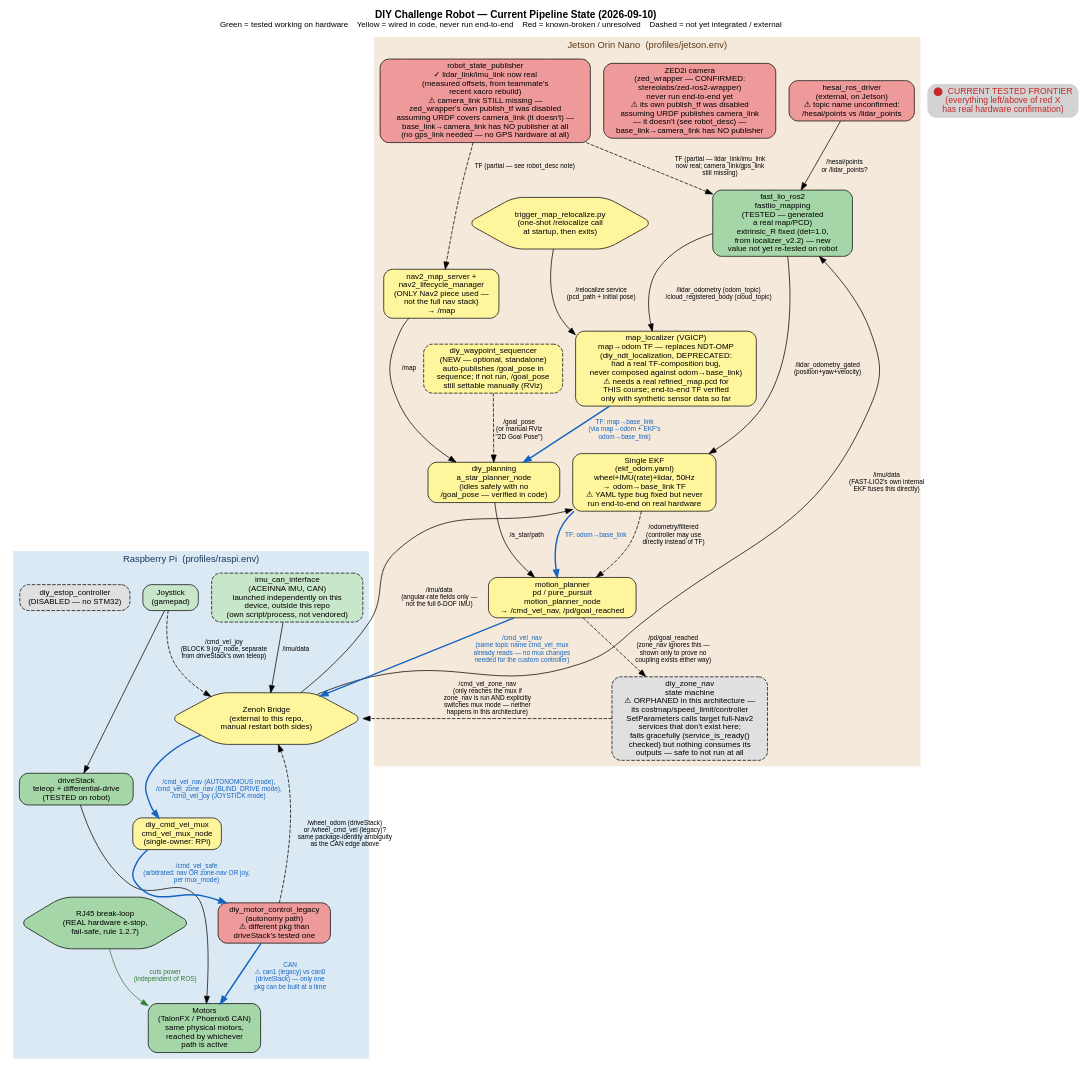
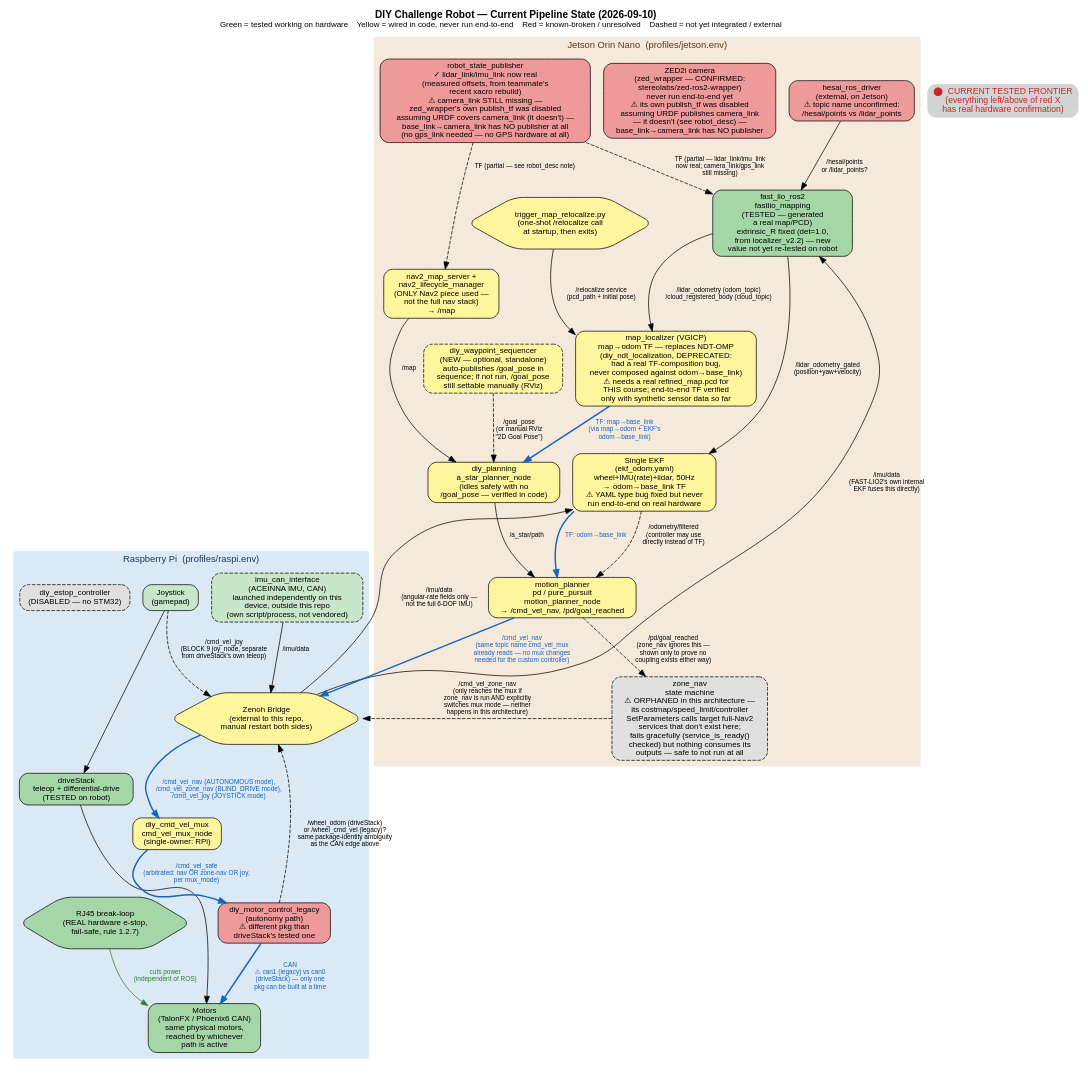
One commit to Betsybots/DIY-Challenge-Repo changed the diagram in docs/pipeline_diagram.dot. Above: the diagram before and after it, drawn with Graphviz. The commit also changed 54 other files, not shown here.

```diff
--- a/docs/pipeline_diagram.dot
+++ b/docs/pipeline_diagram.dot
@@ -1,85 +1,85 @@
 digraph DIY_Challenge_Pipeline {
   rankdir=TB;
   fontname="Helvetica";
   labelloc="t";
   label=<<b>DIY Challenge Robot — Current Pipeline State (2026-09-10)</b><br/><font point-size="11">Green = tested working on hardware &#160;&#160; Yellow = wired in code, never run end-to-end &#160;&#160; Red = known-broken / unresolved &#160;&#160; Dashed = not yet integrated / external</font>>;
   node [fontname="Helvetica" fontsize=11 shape=box style="rounded,filled"];
   edge [fontname="Helvetica" fontsize=9];
 
   // ===================== RASPBERRY PI =====================
   subgraph cluster_raspi {
     label="Raspberry Pi  (profiles/raspi.env)";
     style=filled; color="#dbe9f4"; fontsize=13; fontcolor="#1a3a5c";
 
     joy       [label="Joystick\n(gamepad)"      fillcolor="#c8e6c9"];
     driveStackTeleop [label="driveStack\nteleop + differential-drive\n(TESTED on robot)" fillcolor="#a5d6a7"];
     motors_manual [label="Motors\n(TalonFX / Phoenix6 CAN)\nsame physical motors,\nreached by whichever\npath is active" fillcolor="#a5d6a7"];
 
     imu_can   [label="imu_can_interface\n(ACEINNA IMU, CAN)\nlaunched independently on this\ndevice, outside this repo\n(own script/process, not vendored)" fillcolor="#c8e6c9" style="rounded,filled,dashed"];
 
     cmd_vel_mux [label="diy_cmd_vel_mux\ncmd_vel_mux_node\n(single-owner: RPi)" fillcolor="#fff59d"];
     motor_auto  [label="diy_motor_control_legacy\n(autonomy path)\n⚠ different pkg than\ndriveStack's tested one" fillcolor="#ef9a9a"];
     estop_ctrl  [label="diy_estop_controller\n(DISABLED — no STM32)" fillcolor="#e0e0e0" style="rounded,filled,dashed"];
     rjbreak     [label="RJ45 break-loop\n(REAL hardware e-stop,\nfail-safe, rule 1.2.7)" shape=hexagon fillcolor="#a5d6a7"];
 
     joy -> driveStackTeleop -> motors_manual;
     rjbreak -> motors_manual [label="cuts power\n(independent of ROS)" color="#2e7d32" fontcolor="#2e7d32"];
 
     cmd_vel_mux -> motor_auto [label="/cmd_vel_safe\n(arbitrated: nav OR zone-nav OR joy,\nper mux_mode)" color="#1565c0" fontcolor="#1565c0" penwidth=2];
     motor_auto -> motors_manual [label="CAN\n⚠ can1 (legacy) vs can0\n(driveStack) — only one\npkg can be built at a time"
                                   color="#1565c0" fontcolor="#1565c0" penwidth=2];
     motor_auto -> zenoh [label="/wheel_odom (driveStack)\nor /wheel_cmd_vel (legacy)?\nsame package-identity ambiguity\nas the CAN edge above" style=dashed];
   }
 
   // ===================== JETSON =====================
   subgraph cluster_jetson {
     label="Jetson Orin Nano  (profiles/jetson.env)";
     style=filled; color="#f4e9db"; fontsize=13; fontcolor="#5c3a1a";
 
     hesai   [label="hesai_ros_driver\n(external, on Jetson)\n⚠ topic name unconfirmed:\n/hesai/points vs /lidar_points" fillcolor="#ef9a9a"];
     zed     [label="ZED2i camera\n(zed_wrapper — CONFIRMED:\nstereolabs/zed-ros2-wrapper)\nnever run end-to-end yet\n⚠ its own publish_tf was disabled\nassuming URDF publishes camera_link\n— it doesn't (see robot_desc) —\nbase_link→camera_link has NO publisher" fillcolor="#ef9a9a"];
 
     fastlio [label="fast_lio_ros2\nfastlio_mapping\n(TESTED — generated\na real map/PCD)\nextrinsic_R fixed (det=1.0,\nfrom localizer_v2.2) — new\nvalue not yet re-tested on robot" fillcolor="#a5d6a7"];
     ekf     [label="Single EKF\n(ekf_odom.yaml)\nwheel+IMU(rate)+lidar, 50Hz\n→ odom→base_link TF\n⚠ YAML type bug fixed but never\nrun end-to-end on real hardware" fillcolor="#fff59d"];
     maplocalizer [label="map_localizer (VGICP)\nmap→odom TF — replaces NDT-OMP\n(diy_ndt_localization, DEPRECATED:\nhad a real TF-composition bug,\nnever composed against odom→base_link)\n⚠ needs a real refined_map.pcd for\nTHIS course; end-to-end TF verified\nonly with synthetic sensor data so far" fillcolor="#fff59d"];
     reloc_trigger [label="trigger_map_relocalize.py\n(one-shot /relocalize call\nat startup, then exits)" shape=hexagon fillcolor="#fff59d"];
 
     map_server [label="nav2_map_server +\nnav2_lifecycle_manager\n(ONLY Nav2 piece used —\nnot the full nav stack)\n→ /map" fillcolor="#fff59d"];
     a_star     [label="diy_planning\na_star_planner_node\n(idles safely with no\n/goal_pose — verified in code)" fillcolor="#fff59d"];
     pd_ctrl    [label="motion_planner\npd / pure_pursuit\nmotion_planner_node\n→ /cmd_vel_nav, /pd/goal_reached" fillcolor="#fff59d"];
     wp_seq     [label="diy_waypoint_sequencer\n(NEW — optional, standalone)\nauto-publishes /goal_pose in\nsequence; if not run, /goal_pose\nstill settable manually (RViz)" fillcolor="#fff59d" style="rounded,filled,dashed"];
 
-    zonenav [label="diy_zone_nav\nstate machine\n⚠ ORPHANED in this architecture —\nits costmap/speed_limit/controller\nSetParameters calls target full-Nav2\nservices that don't exist here;\nfails gracefully (service_is_ready()\nchecked) but nothing consumes its\noutputs — safe to not run at all" fillcolor="#e0e0e0" style="rounded,filled,dashed"];
+    zonenav [label="zone_nav\nstate machine\n⚠ ORPHANED in this architecture —\nits costmap/speed_limit/controller\nSetParameters calls target full-Nav2\nservices that don't exist here;\nfails gracefully (service_is_ready()\nchecked) but nothing consumes its\noutputs — safe to not run at all" fillcolor="#e0e0e0" style="rounded,filled,dashed"];
 
     robot_desc [label="robot_state_publisher\n✓ lidar_link/imu_link now real\n(measured offsets, from teammate's\nrecent xacro rebuild)\n⚠ camera_link STILL missing —\nzed_wrapper's own publish_tf was disabled\nassuming URDF covers camera_link (it doesn't) —\nbase_link→camera_link has NO publisher at all\n(no gps_link needed — no GPS hardware at all)" fillcolor="#ef9a9a"];
 
     hesai -> fastlio [label="/hesai/points\nor /lidar_points?"];
     fastlio -> ekf [label="/lidar_odometry_gated\n(position+yaw+velocity)"];
     fastlio -> maplocalizer [label="/lidar_odometry (odom_topic)\n/cloud_registered_body (cloud_topic)"];
     reloc_trigger -> maplocalizer [label="/relocalize service\n(pcd_path + initial pose)"];
 
     map_server -> a_star [label="/map"];
     maplocalizer -> a_star [label="TF: map→base_link\n(via map→odom + EKF's\nodom→base_link)" color="#1565c0" fontcolor="#1565c0" penwidth=2];
     wp_seq -> a_star [label="/goal_pose\n(or manual RViz\n\"2D Goal Pose\")" style=dashed];
     a_star -> pd_ctrl [label="/a_star/path"];
     ekf -> pd_ctrl [label="TF: odom→base_link" color="#1565c0" fontcolor="#1565c0" penwidth=2];
     ekf -> pd_ctrl [label="/odometry/filtered\n(controller may use\ndirectly instead of TF)" style=dashed];
     pd_ctrl -> zonenav [style=dashed label="/pd/goal_reached\n(zone_nav ignores this —\nshown only to prove no\ncoupling exists either way)"];
     robot_desc -> fastlio [style=dashed label="TF (partial — lidar_link/imu_link\nnow real; camera_link/gps_link\nstill missing)"];
     robot_desc -> map_server [style=dashed label="TF (partial — see robot_desc note)"];
   }
 
   // ===================== CROSS-MACHINE =====================
   zenoh [label="Zenoh Bridge\n(external to this repo,\nmanual restart both sides)" shape=hexagon fillcolor="#fff59d"];
 
   imu_can -> zenoh [label="/imu/data"];
   zenoh -> fastlio [label="/imu/data\n(FAST-LIO2's own internal\nEKF fuses this directly)"];
   zenoh -> ekf [label="/imu/data\n(angular-rate fields only —\nnot the full 6-DOF IMU)"];
   pd_ctrl -> zenoh [label="/cmd_vel_nav\n(same topic name cmd_vel_mux\nalready reads — no mux changes\nneeded for the custom controller)" color="#1565c0" fontcolor="#1565c0" penwidth=2];
   zonenav -> zenoh [style=dashed label="/cmd_vel_zone_nav\n(only reaches the mux if\nzone_nav is run AND explicitly\nswitches mux mode — neither\nhappens in this architecture)"];
   joy -> zenoh [style=dashed label="/cmd_vel_joy\n(BLOCK 9 joy_node, separate\nfrom driveStack's own teleop)"];
   zenoh -> cmd_vel_mux [label="/cmd_vel_nav (AUTONOMOUS mode),\n/cmd_vel_zone_nav (BLIND_DRIVE mode),\n/cmd_vel_joy (JOYSTICK mode)" color="#1565c0" fontcolor="#1565c0" penwidth=2];
 
   // ===================== FRONTIER MARKER =====================
   frontier [label="⬤  CURRENT TESTED FRONTIER\n(everything left/above of red X\nhas real hardware confirmation)" shape=plaintext fontcolor="#c62828" fontsize=12];
 }
```
